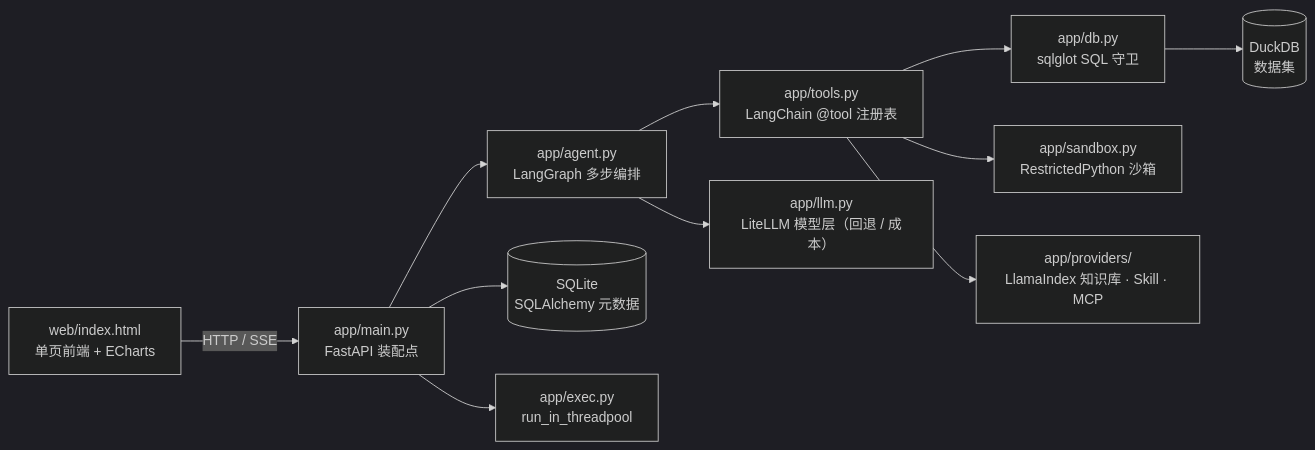
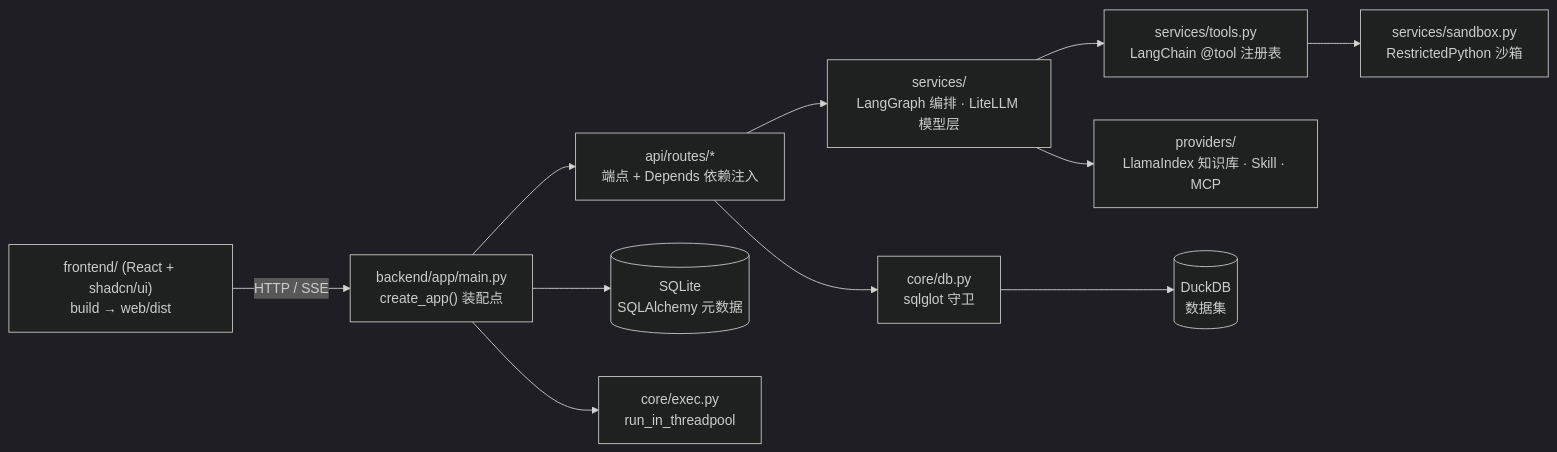
One commit to Lsilence7807/Knowledge-Analysis-Assistant changed the diagram in README.md. Above: the diagram before and after it, drawn with Mermaid (dark theme). The commit also changed other lines of this file and 8 other files, not shown here.

Commit message:
docs: 设计文档升 v3.1 骨架整改——后端按 FastAPI 官方模板分层、前端换 React + Vite 骨架、部署补 compose（F1/F2/F10 + ADR-39~43），派生文档同步（全量 164 passed）

````diff
--- a/README.md
+++ b/README.md
@@ -86,13 +86,13 @@
 ```mermaid
 flowchart LR
-  UI["web/index.html<br/>单页前端 + ECharts"] -->|HTTP / SSE| API["app/main.py<br/>FastAPI 装配点"]
-  API --> AG["app/agent.py<br/>LangGraph 多步编排"]
-  AG --> TL["app/tools.py<br/>LangChain @tool 注册表"]
-  AG --> LLM["app/llm.py<br/>LiteLLM 模型层（回退 / 成本）"]
-  TL --> DB["app/db.py<br/>sqlglot SQL 守卫"]
-  TL --> SB["app/sandbox.py<br/>RestrictedPython 沙箱"]
-  TL --> PV["app/providers/<br/>LlamaIndex 知识库 · Skill · MCP"]
+  UI["frontend/ (React + shadcn/ui)<br/>build → web/dist"] -->|HTTP / SSE| API["backend/app/main.py<br/>create_app() 装配点"]
+  API --> RT["api/routes/*<br/>端点 + Depends 依赖注入"]
+  RT --> SV["services/<br/>LangGraph 编排 · LiteLLM 模型层"]
+  SV --> TL["services/tools.py<br/>LangChain @tool 注册表"]
+  RT --> DB["core/db.py<br/>sqlglot 守卫"]
+  TL --> SB["services/sandbox.py<br/>RestrictedPython 沙箱"]
+  SV --> PV["providers/<br/>LlamaIndex 知识库 · Skill · MCP"]
   DB --> DK[("DuckDB<br/>数据集")]
   API --> ST[("SQLite<br/>SQLAlchemy 元数据")]
-  API --> EX["app/exec.py<br/>run_in_threadpool"]
+  API --> EX["core/exec.py<br/>run_in_threadpool"]
 ```
````
